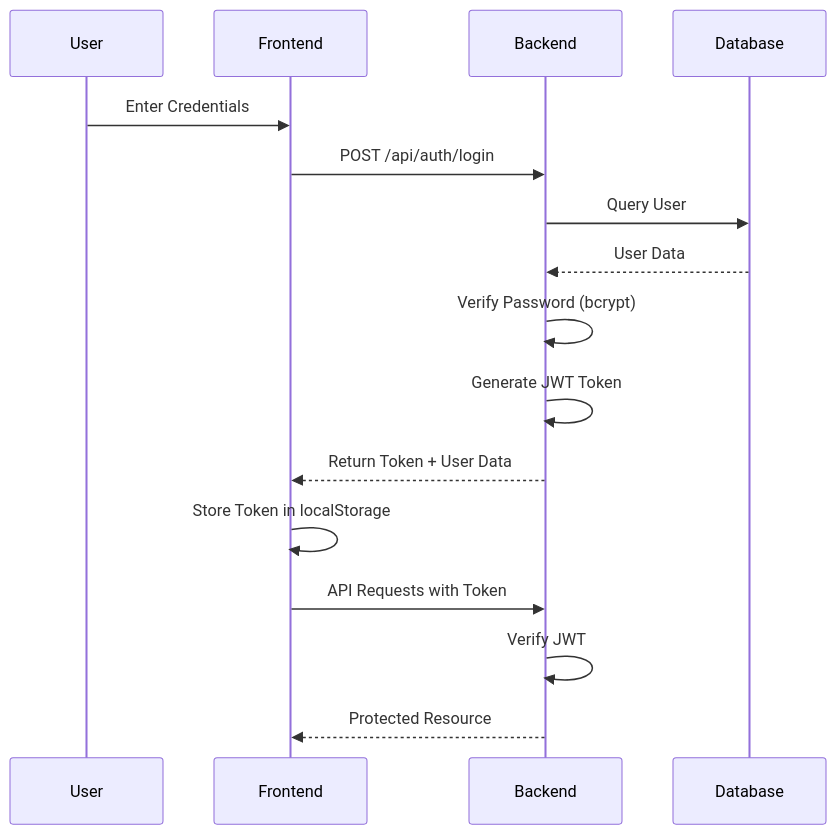
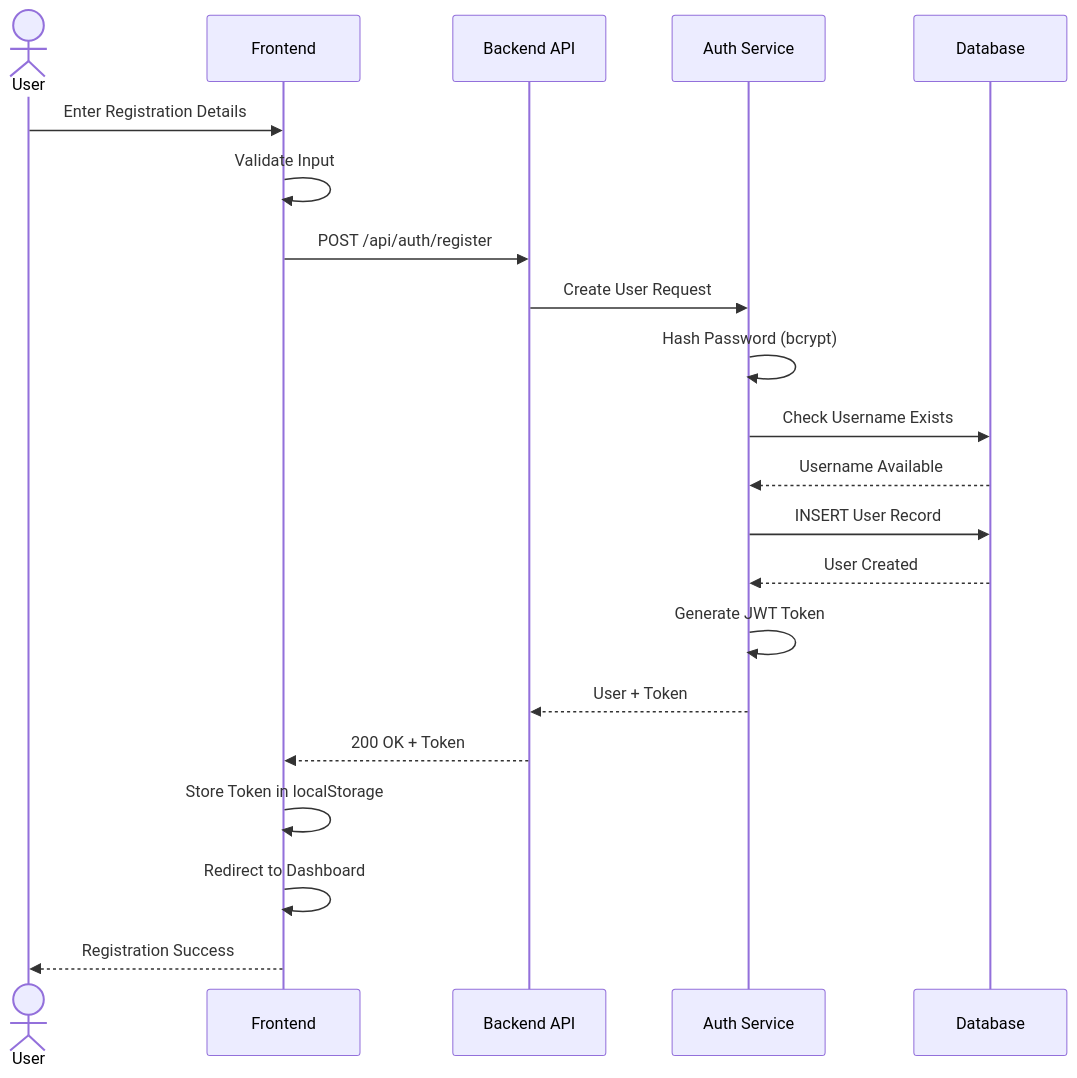
Diagram 13 of 16 in README.md (Arshi9214/News-Aggregator-and-Analysis), drawn with Mermaid before and after one commit. The commit also changed other lines of this file, not shown here.

Commit message:
diagramss updated

````diff
--- a/README.md
+++ b/README.md
@@ -198,19 +628,24 @@
 ```mermaid
 sequenceDiagram
-    participant U as User
-    participant F as Frontend
-    participant B as Backend
-    participant D as Database
+    actor User
+    participant UI as Frontend
+    participant API as Backend API
+    participant Auth as Auth Service
+    participant DB as Database
     
-    U->>F: Enter Credentials
-    F->>B: POST /api/auth/login
-    B->>D: Query User
-    D-->>B: User Data
-    B->>B: Verify Password (bcrypt)
-    B->>B: Generate JWT Token
-    B-->>F: Return Token + User Data
-    F->>F: Store Token in localStorage
-    F->>B: API Requests with Token
-    B->>B: Verify JWT
-    B-->>F: Protected Resource
+    User->>UI: Enter Registration Details
+    UI->>UI: Validate Input
+    UI->>API: POST /api/auth/register
+    API->>Auth: Create User Request
+    Auth->>Auth: Hash Password (bcrypt)
+    Auth->>DB: Check Username Exists
+    DB-->>Auth: Username Available
+    Auth->>DB: INSERT User Record
+    DB-->>Auth: User Created
+    Auth->>Auth: Generate JWT Token
+    Auth-->>API: User + Token
+    API-->>UI: 200 OK + Token
+    UI->>UI: Store Token in localStorage
+    UI->>UI: Redirect to Dashboard
+    UI-->>User: Registration Success
 ```
````
